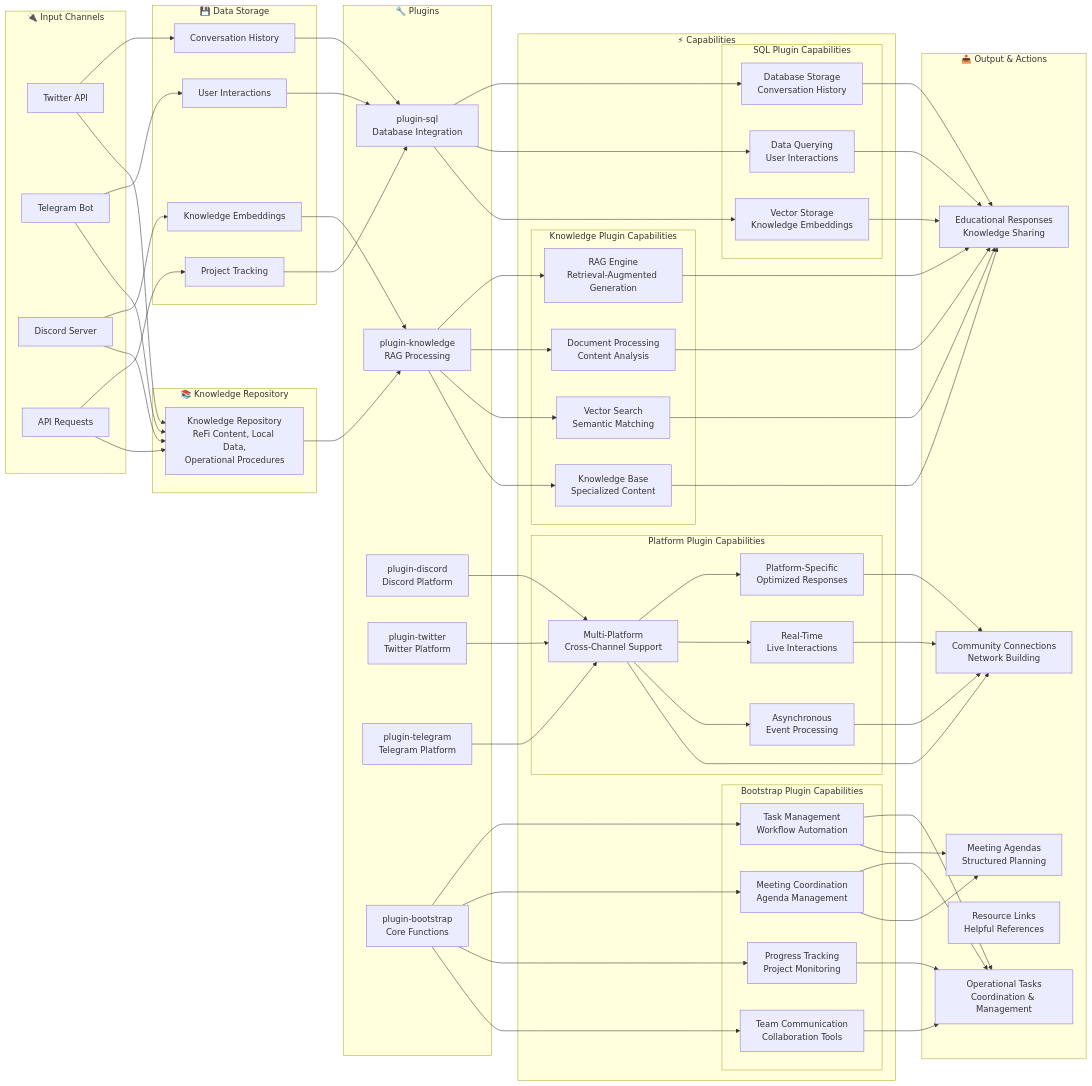
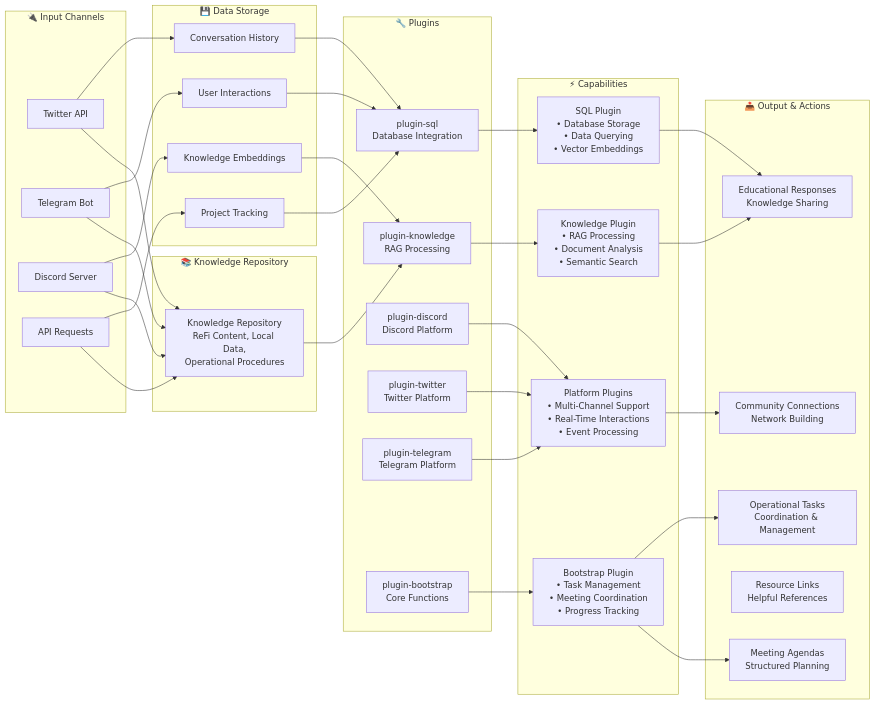
One commit to ReFiDAO/regen_eliza-refi_dao changed the first of 10 diagrams in README.md. Above: the diagram before and after it, drawn with Mermaid. The commit also changed other lines of this file, not shown here.

Commit message:
fix: Escape square brackets in ReF[AI] for Mermaid diagram compatibility
- Wrap ReF[AI] agent names in quotes within Mermaid node definitions
- Fixes parsing errors that prevented diagram rendering
- Affects all agent architecture diagrams in the README

````diff
--- a/README.md
+++ b/README.md
@@ -43,35 +43,12 @@
         P6[plugin-bootstrap<br/>Core Functions]
     end
     
-    %% Capabilities with plugin subsections
+    %% Capabilities
     subgraph "⚡ Capabilities"
-        subgraph "SQL Plugin Capabilities"
-            C1[Database Storage<br/>Conversation History]
-            C2[Data Querying<br/>User Interactions]
-            C3[Vector Storage<br/>Knowledge Embeddings]
-        end
-        
-        subgraph "Knowledge Plugin Capabilities"
-            C4[RAG Engine<br/>Retrieval-Augmented Generation]
-            C5[Document Processing<br/>Content Analysis]
-            C6[Vector Search<br/>Semantic Matching]
-            C7[Knowledge Base<br/>Specialized Content]
-        end
-        
-        subgraph "Platform Plugin Capabilities"
-            C12[Multi-Platform<br/>Cross-Channel Support]
-            C13[Platform-Specific<br/>Optimized Responses]
-            C14[Real-Time<br/>Live Interactions]
-            C15[Asynchronous<br/>Event Processing]
-        end
-        
-        subgraph "Bootstrap Plugin Capabilities"
-            C16[Task Management<br/>Workflow Automation]
-            C17[Meeting Coordination<br/>Agenda Management]
-            C18[Progress Tracking<br/>Project Monitoring]
-            C19[Team Communication<br/>Collaboration Tools]
-        end
-        
+        C1[SQL Plugin<br/>• Database Storage<br/>• Data Querying<br/>• Vector Embeddings]
+        C2[Knowledge Plugin<br/>• RAG Processing<br/>• Document Analysis<br/>• Semantic Search]
+        C3[Platform Plugins<br/>• Multi-Channel Support<br/>• Real-Time Interactions<br/>• Event Processing]
+        C4[Bootstrap Plugin<br/>• Task Management<br/>• Meeting Coordination<br/>• Progress Tracking]
     end
     
     %% Output Actions
@@ -102,50 +79,18 @@
     
     KR --> P2
     
-    %% Plugins -> Capabilities (by plugin)
+    %% Plugins -> Capabilities
     P1 --> C1
-    P1 --> C2
-    P1 --> C3
-    
-    P2 --> C4
-    P2 --> C5
-    P2 --> C6
-    P2 --> C7
-    
-    P3 --> C12
-    P4 --> C12
-    P5 --> C12
-    
-    C12 --> C13
-    C12 --> C14
-    C12 --> C15
-    
-    P6 --> C16
-    P6 --> C17
-    P6 --> C18
-    P6 --> C19
-
+    P2 --> C2
+    P3 --> C3
+    P4 --> C3
+    P5 --> C3
+    P6 --> C4
     
     %% Capabilities -> Output & Actions
     C1 --> O1
     C2 --> O1
-    C3 --> O1
-    C4 --> O1
-    C5 --> O1
-    C6 --> O1
-    C7 --> O1
-    
-    
-    C16 --> O2
-    C17 --> O2
-    C18 --> O2
-    C19 --> O2
-    
-    C12 --> O3
-    C13 --> O3
-    C14 --> O3
-    C15 --> O3
-    
-    C17 --> O5
-    C16 --> O5
+    C3 --> O3
+    C4 --> O2
+    C4 --> O5
 ```
````
